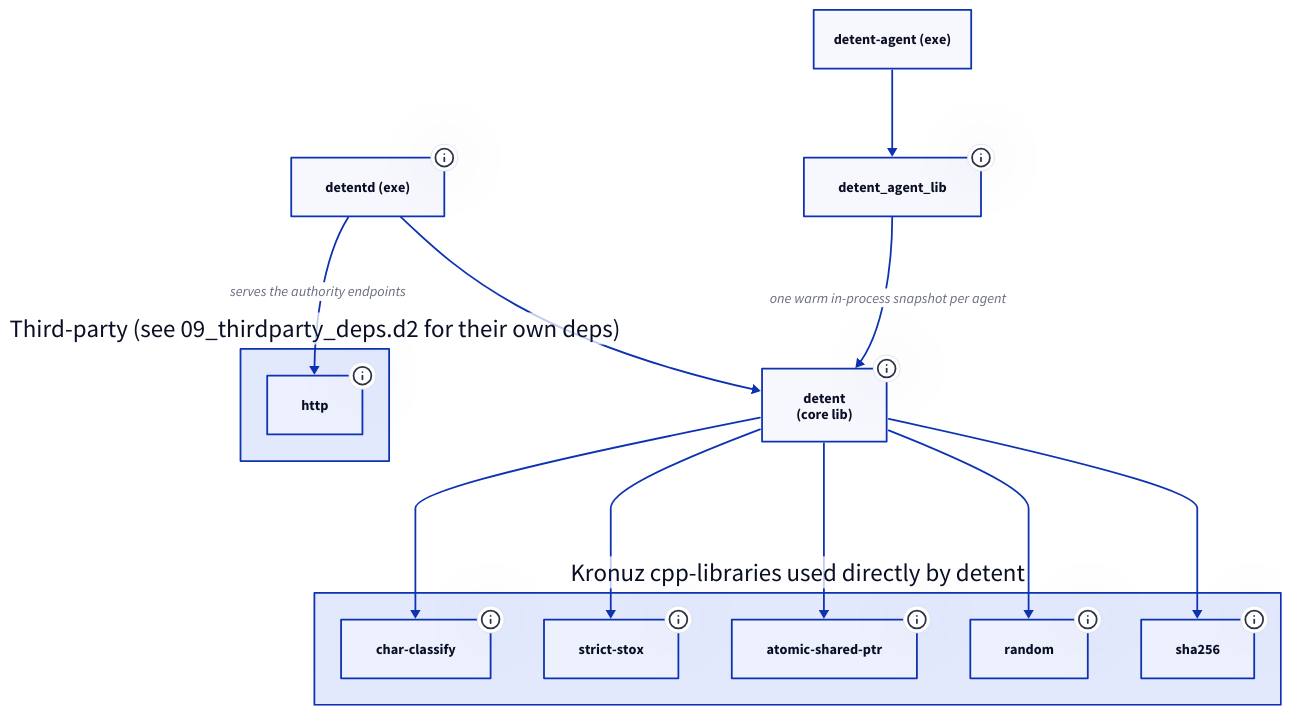
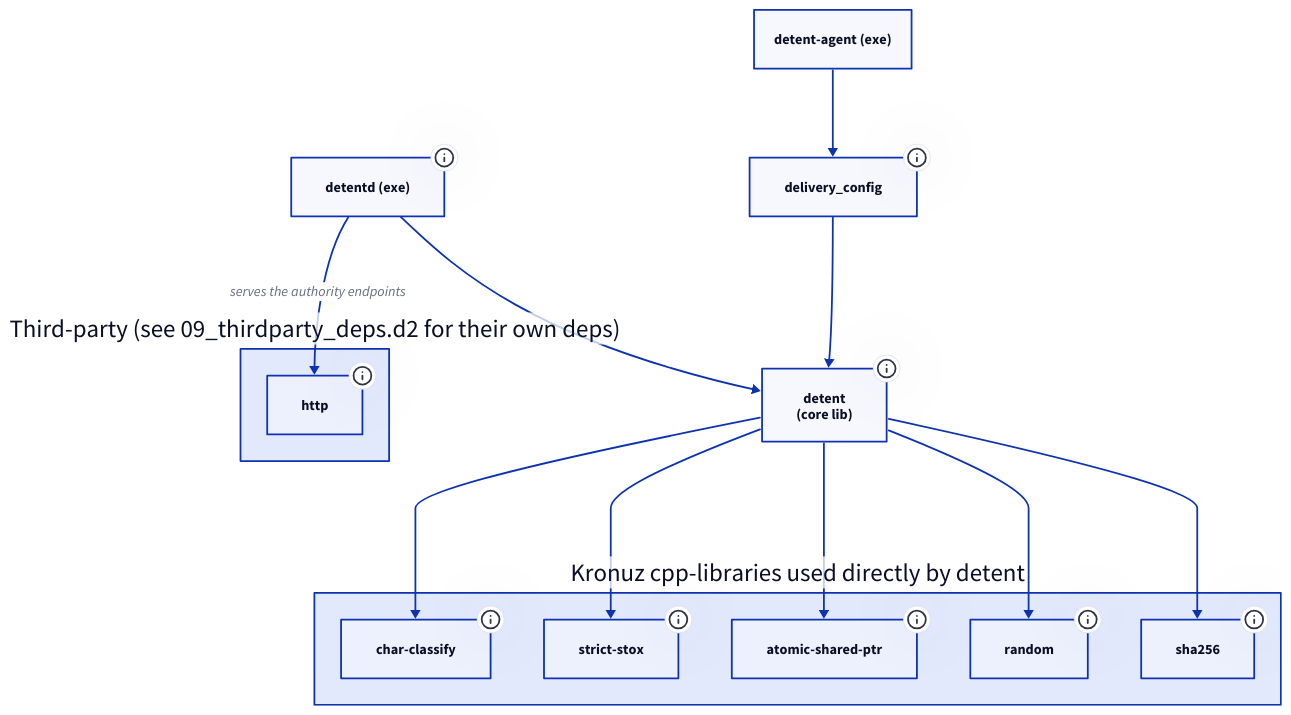
The diagram in diagrams/08_detent_deps.d2 (Kronuz/Detent), drawn with D2 before and after one commit. The commit also changed 59 other files, not shown here.

```diff
--- a/diagrams/08_detent_deps.d2
+++ b/diagrams/08_detent_deps.d2
@@ -1,38 +1,38 @@
 # Selected targets and their direct dependencies.
 # Managed authority and generation targets are documented separately.
 direction: down
 
 detent: "detent\n(core lib)" {
   tooltip: RCU client, JSON schema, hashing, overrides, file source
 }
-detent_agent_lib: "detent_agent_lib" {
-  tooltip: Shared-memory agent reader and writer logic
+delivery_config: "delivery_config" {
+  tooltip: Managed delivery over TLS and local publication
 }
 detentd_exe: "detentd (exe)" {
   tooltip: Durable authority daemon
 }
 detent_agent_exe: "detent-agent (exe)"
 
 kronuz: Kronuz cpp-libraries used directly by detent {
   char_classify: char-classify {tooltip: "ASCII classification tables used by the JSON tokenizer"}
   strict_stox: strict-stox {tooltip: "Strict numeric string parsing (no silent truncation) for knob values"}
   atomic_shared_ptr: atomic-shared-ptr {tooltip: "Lock-free RCU snapshot swap -- the whole read-path fast path depends on this"}
   random: random {tooltip: "Randomized source retry and backoff jitter"}
   sha256: sha256 {tooltip: "Rollout hashing per the JustKnobs spec (stable bucket assignment)"}
 }
 
 thirdparty: Third-party (see 09_thirdparty_deps.d2 for their own deps) {
   http: "http" {tooltip: "HTTP server framework for the authority endpoints"}
 }
 
 detent -> kronuz.char_classify
 detent -> kronuz.strict_stox
 detent -> kronuz.atomic_shared_ptr
 detent -> kronuz.random
 detent -> kronuz.sha256
 
 detentd_exe -> detent
 detentd_exe -> thirdparty.http: "serves the authority endpoints"
 
-detent_agent_lib -> detent: "one warm in-process snapshot per agent"
-detent_agent_exe -> detent_agent_lib
+delivery_config -> detent
+detent_agent_exe -> delivery_config
```
